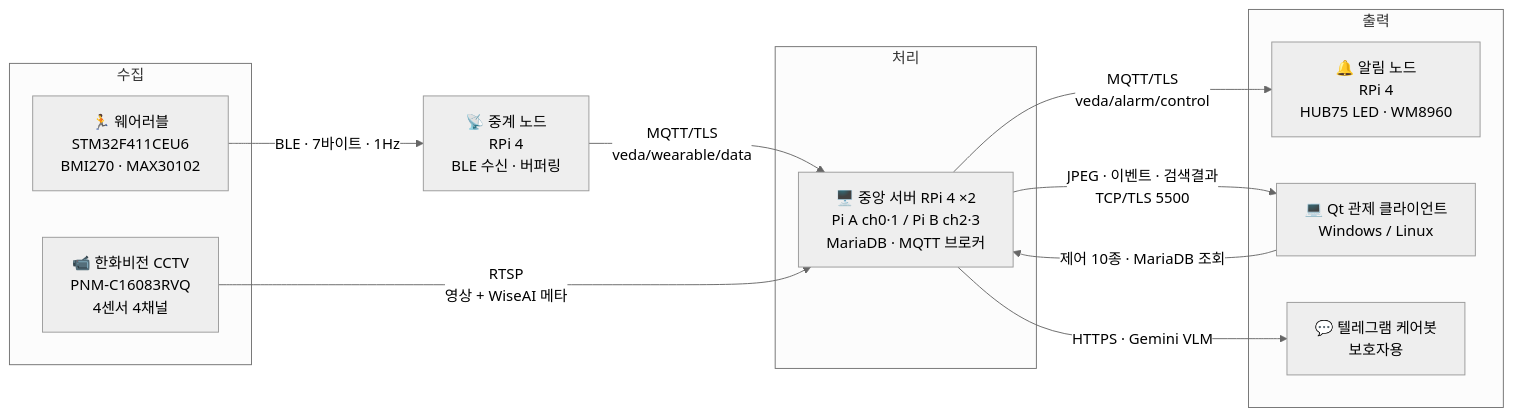
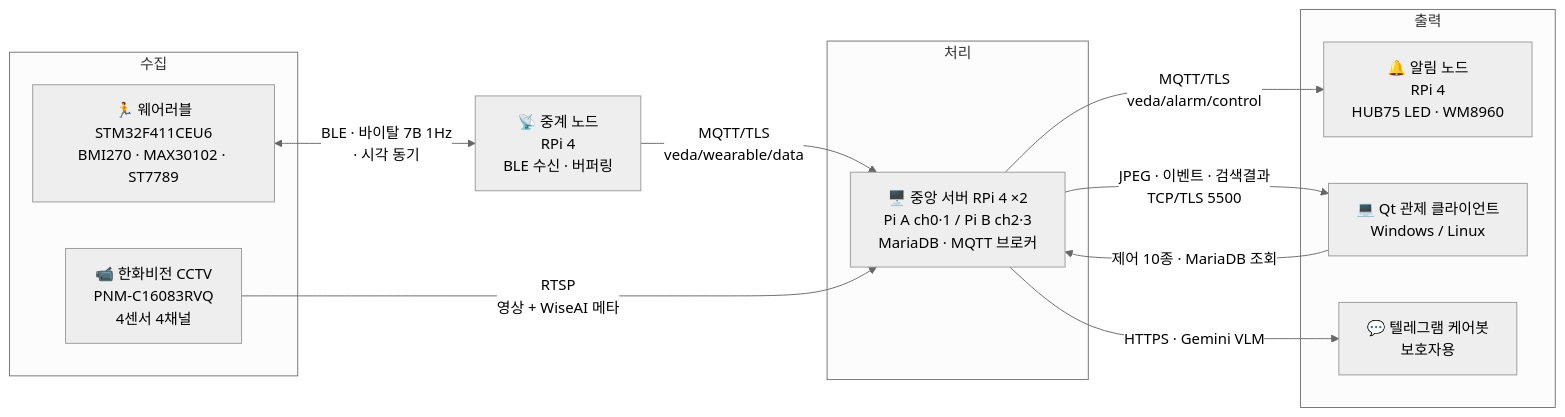
The diagram in README.md (VEDA-4-Final-Project/daboyijo), drawn with Mermaid (neutral theme) before and after one commit. The commit also changed other lines of this file and 6 other files, not shown here.

````diff
--- a/README.md
+++ b/README.md
@@ -17,27 +17,27 @@
 ```mermaid
 flowchart LR
     subgraph 수집
-        W["🏃 웨어러블<br/>STM32F411CEU6<br/>BMI270 · MAX30102"]
+        W["🏃 웨어러블<br/>STM32F411CEU6<br/>BMI270 · MAX30102 · ST7789"]
         C["📹 한화비전 CCTV<br/>PNM-C16083RVQ<br/>4센서 4채널"]
     end
 
     R["📡 중계 노드<br/>RPi 4<br/>BLE 수신 · 버퍼링"]
 
     subgraph 처리
         S["🖥️ 중앙 서버 RPi 4 ×2<br/>Pi A ch0·1 / Pi B ch2·3<br/>MariaDB · MQTT 브로커"]
     end
 
     subgraph 출력
         A["🔔 알림 노드<br/>RPi 4<br/>HUB75 LED · WM8960"]
         Q["💻 Qt 관제 클라이언트<br/>Windows / Linux"]
         T["💬 텔레그램 케어봇<br/>보호자용"]
     end
 
-    W -->|"BLE · 7바이트 · 1Hz"| R
+    W <-->|"BLE · 바이탈 7B 1Hz<br/>· 시각 동기"| R
     R -->|"MQTT/TLS<br/>veda/wearable/data"| S
     C -->|"RTSP<br/>영상 + WiseAI 메타"| S
     S -->|"MQTT/TLS<br/>veda/alarm/control"| A
     S -->|"JPEG · 이벤트 · 검색결과<br/>TCP/TLS 5500"| Q
     Q -->|"제어 10종 · MariaDB 조회"| S
     S -->|"HTTPS · Gemini VLM"| T
 ```
````
